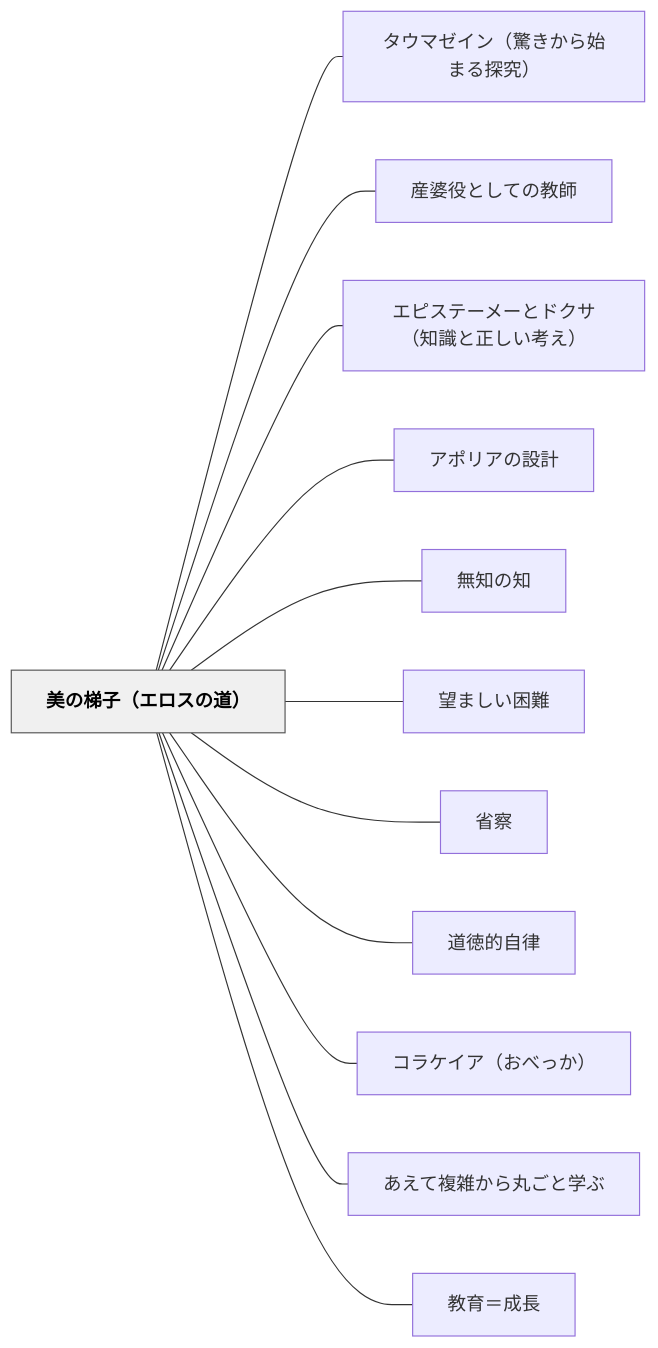
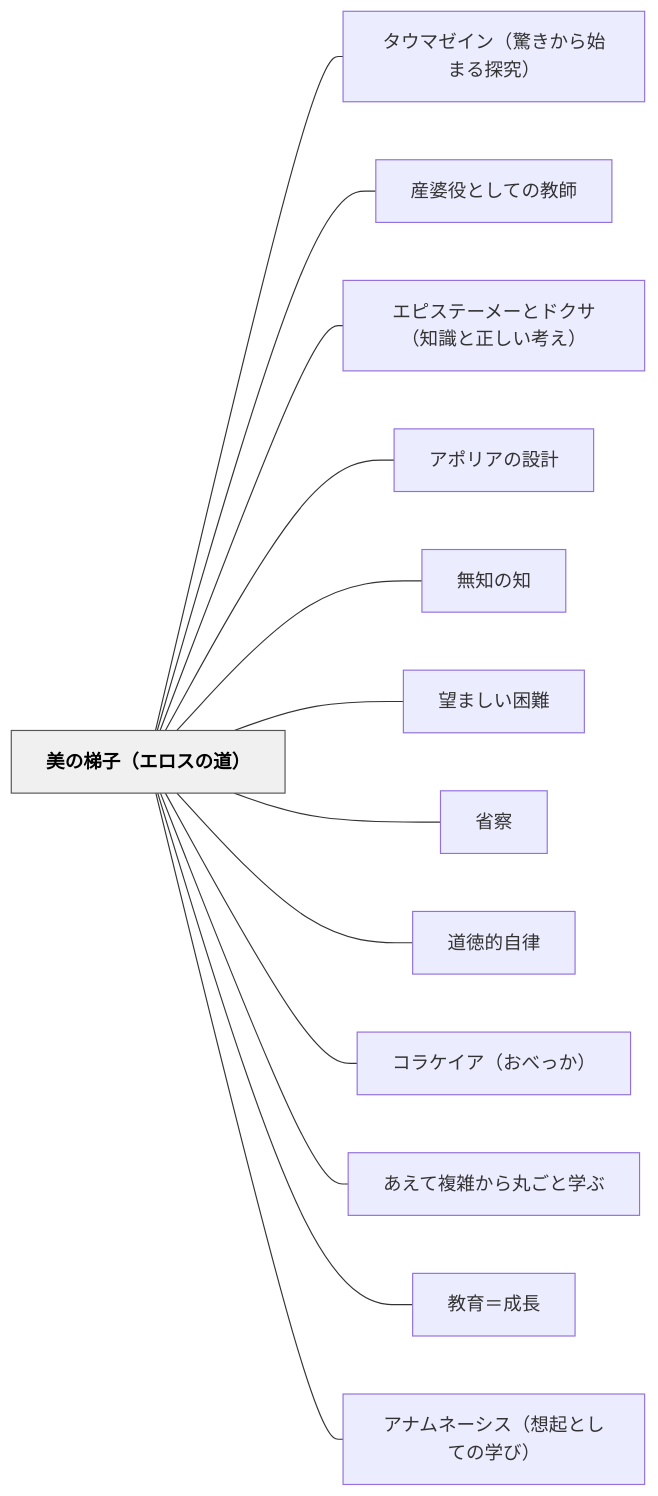
One commit to unknownthings-ed-patterns/unknownthings-ed-patterns changed the diagram in content/パタン/美の梯子（エロスの道）.md. Above: the diagram before and after it, drawn with Mermaid. The commit also changed other lines of this file and 18 other files, not shown here.

````diff
--- a/content/パタン/美の梯子（エロスの道）.md
+++ b/content/パタン/美の梯子（エロスの道）.md
@@ -135,30 +174,32 @@
 ```mermaid
 flowchart LR
     ne7be8ee381aee6a2afe5ad90efbc88e382a8e383ade382b9e381aee98193efbc89["美の梯子（エロスの道）"]
     ne382bfe382a6e3839ee382bce382a4e383b3efbc88e9a99ae3818de3818be38289e5a78be381bee3828be68ea2e7a9b6efbc89["タウマゼイン（驚きから始まる探究）"]
     ne794a3e5a986e5bdb9e381a8e38197e381a6e381aee69599e5b8ab["産婆役としての教師"]
     ne382a8e38394e382b9e38386e383bce383a1e383bce381a8e38389e382afe382b5efbc88e79fa5e8ad98e381a8e6ada3e38197e38184e88083e38188efbc89["エピステーメーとドクサ（知識と正しい考え）"]
     ne382a2e3839de383aae382a2e381aee8a8ade8a888["アポリアの設計"]
     ne784a1e79fa5e381aee79fa5["無知の知"]
     ne69c9be381bee38197e38184e59bb0e99ba3["望ましい困難"]
     ne79c81e5af9f["省察"]
     ne98193e5beb3e79a84e887aae5be8b["道徳的自律"]
     ne382b3e383a9e382b1e382a4e382a2efbc88e3818ae381b9e381a3e3818befbc89["コラケイア（おべっか）"]
     ne38182e38188e381a6e8a487e99b91e3818be38289e4b8b8e38194e381a8e5ada6e381b6["あえて複雑から丸ごと学ぶ"]
     ne69599e882b2efbc9de68890e995b7["教育＝成長"]
+    ne382a2e3838ae383a0e3838de383bce382b7e382b9efbc88e683b3e8b5b7e381a8e38197e381a6e381aee5ada6e381b3efbc89["アナムネーシス（想起としての学び）"]
 
     ne7be8ee381aee6a2afe5ad90efbc88e382a8e383ade382b9e381aee98193efbc89 --- ne382bfe382a6e3839ee382bce382a4e383b3efbc88e9a99ae3818de3818be38289e5a78be381bee3828be68ea2e7a9b6efbc89
     ne7be8ee381aee6a2afe5ad90efbc88e382a8e383ade382b9e381aee98193efbc89 --- ne794a3e5a986e5bdb9e381a8e38197e381a6e381aee69599e5b8ab
     ne7be8ee381aee6a2afe5ad90efbc88e382a8e383ade382b9e381aee98193efbc89 --- ne382a8e38394e382b9e38386e383bce383a1e383bce381a8e38389e382afe382b5efbc88e79fa5e8ad98e381a8e6ada3e38197e38184e88083e38188efbc89
     ne7be8ee381aee6a2afe5ad90efbc88e382a8e383ade382b9e381aee98193efbc89 --- ne382a2e3839de383aae382a2e381aee8a8ade8a888
     ne7be8ee381aee6a2afe5ad90efbc88e382a8e383ade382b9e381aee98193efbc89 --- ne784a1e79fa5e381aee79fa5
     ne7be8ee381aee6a2afe5ad90efbc88e382a8e383ade382b9e381aee98193efbc89 --- ne69c9be381bee38197e38184e59bb0e99ba3
     ne7be8ee381aee6a2afe5ad90efbc88e382a8e383ade382b9e381aee98193efbc89 --- ne79c81e5af9f
     ne7be8ee381aee6a2afe5ad90efbc88e382a8e383ade382b9e381aee98193efbc89 --- ne98193e5beb3e79a84e887aae5be8b
     ne7be8ee381aee6a2afe5ad90efbc88e382a8e383ade382b9e381aee98193efbc89 --- ne382b3e383a9e382b1e382a4e382a2efbc88e3818ae381b9e381a3e3818befbc89
     ne7be8ee381aee6a2afe5ad90efbc88e382a8e383ade382b9e381aee98193efbc89 --- ne38182e38188e381a6e8a487e99b91e3818be38289e4b8b8e38194e381a8e5ada6e381b6
     ne7be8ee381aee6a2afe5ad90efbc88e382a8e383ade382b9e381aee98193efbc89 --- ne69599e882b2efbc9de68890e995b7
+    ne7be8ee381aee6a2afe5ad90efbc88e382a8e383ade382b9e381aee98193efbc89 --- ne382a2e3838ae383a0e3838de383bce382b7e382b9efbc88e683b3e8b5b7e381a8e38197e381a6e381aee5ada6e381b3efbc89
 
     classDef hub fill:#f0f0f0,stroke:#555,color:#000,font-weight:bold
     class ne7be8ee381aee6a2afe5ad90efbc88e382a8e383ade382b9e381aee98193efbc89 hub
 ```
````
